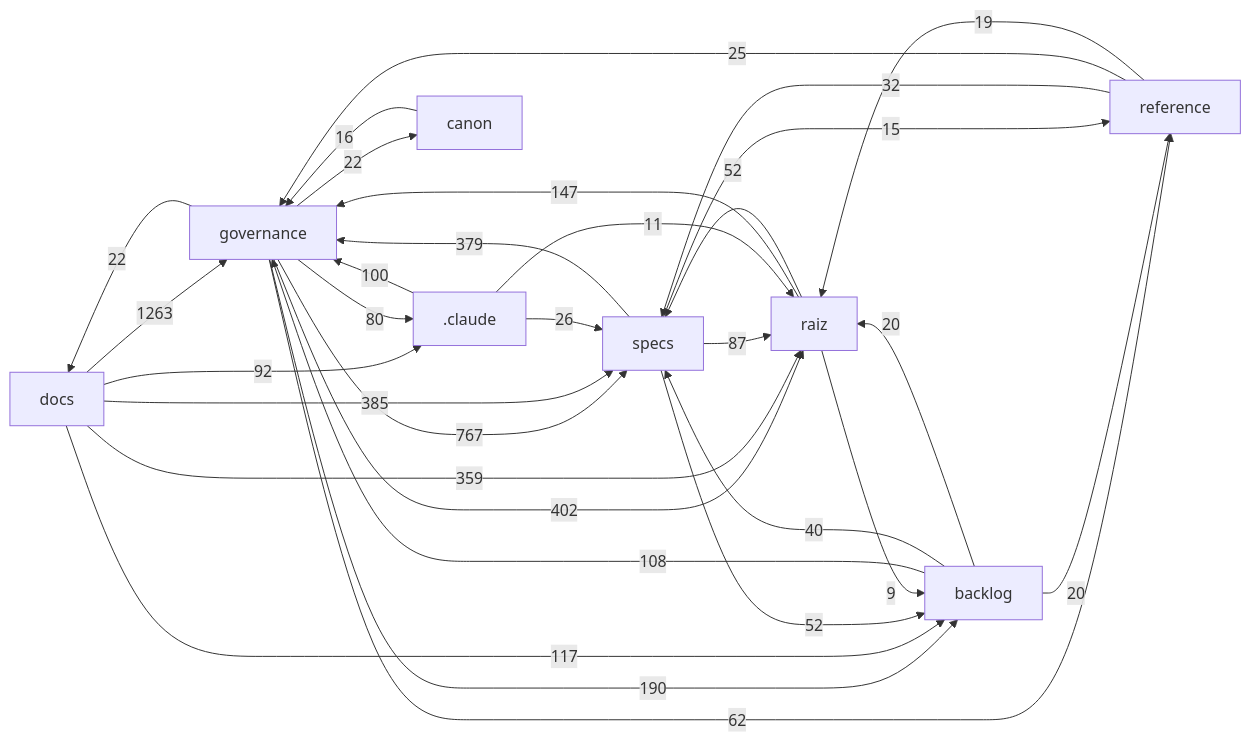
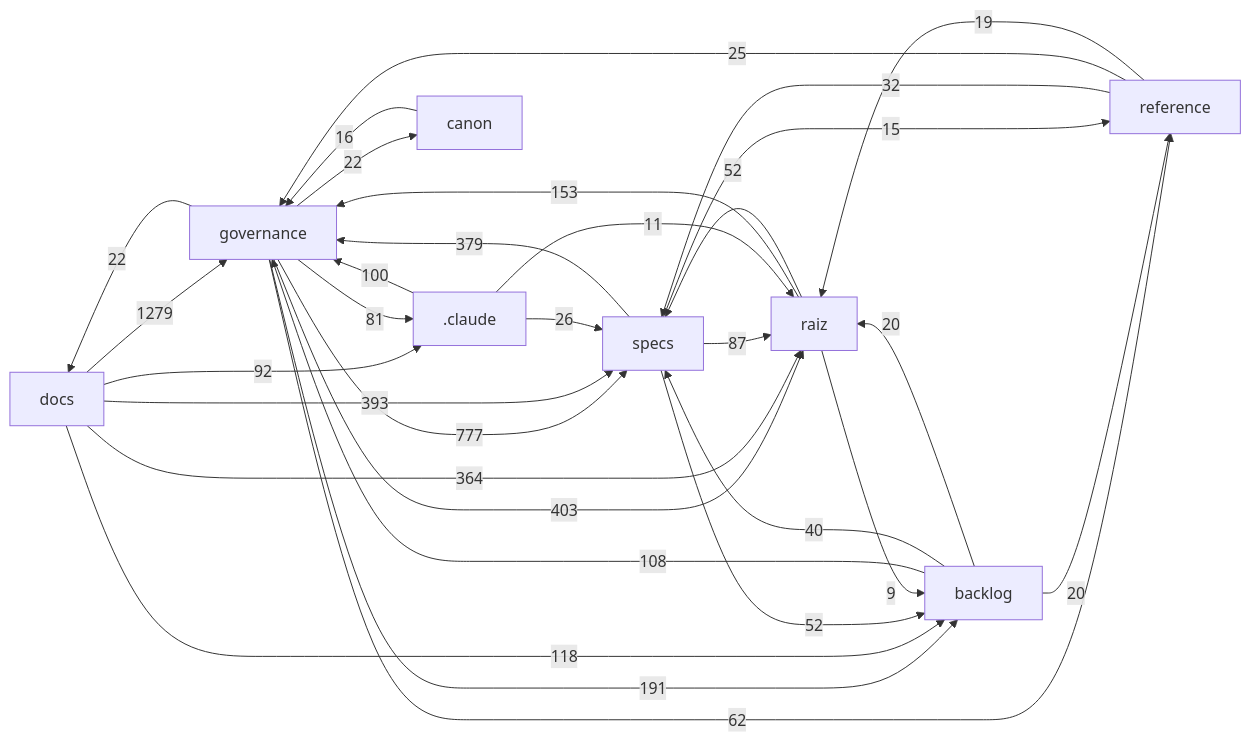
The diagram in docs/mapa/MAPA-PROJETO.md (Andraus35/Sistema-Operacional-de-Trading--SOT), drawn with Mermaid before and after one commit. The commit also changed other lines of this file and 13 other files, not shown here.

````diff
--- a/docs/mapa/MAPA-PROJETO.md
+++ b/docs/mapa/MAPA-PROJETO.md
@@ -29,33 +29,33 @@
 ```mermaid
 flowchart LR
-  docs["docs"] -->|1263| governance["governance"]
-  governance["governance"] -->|767| specs["specs"]
-  governance["governance"] -->|402| raiz["raiz"]
-  docs["docs"] -->|385| specs["specs"]
+  docs["docs"] -->|1279| governance["governance"]
+  governance["governance"] -->|777| specs["specs"]
+  governance["governance"] -->|403| raiz["raiz"]
+  docs["docs"] -->|393| specs["specs"]
   specs["specs"] -->|379| governance["governance"]
-  docs["docs"] -->|359| raiz["raiz"]
-  governance["governance"] -->|190| backlog["backlog"]
-  raiz["raiz"] -->|147| governance["governance"]
-  docs["docs"] -->|117| backlog["backlog"]
+  docs["docs"] -->|364| raiz["raiz"]
+  governance["governance"] -->|191| backlog["backlog"]
+  raiz["raiz"] -->|153| governance["governance"]
+  docs["docs"] -->|118| backlog["backlog"]
   backlog["backlog"] -->|108| governance["governance"]
   _claude[".claude"] -->|100| governance["governance"]
   docs["docs"] -->|92| _claude[".claude"]
   specs["specs"] -->|87| raiz["raiz"]
-  governance["governance"] -->|80| _claude[".claude"]
+  governance["governance"] -->|81| _claude[".claude"]
   governance["governance"] -->|62| reference["reference"]
   raiz["raiz"] -->|52| specs["specs"]
   specs["specs"] -->|52| backlog["backlog"]
   backlog["backlog"] -->|40| specs["specs"]
   reference["reference"] -->|32| specs["specs"]
   _claude[".claude"] -->|26| specs["specs"]
   reference["reference"] -->|25| governance["governance"]
   governance["governance"] -->|22| docs["docs"]
   governance["governance"] -->|22| canon["canon"]
   backlog["backlog"] -->|20| raiz["raiz"]
   backlog["backlog"] -->|20| reference["reference"]
   reference["reference"] -->|19| raiz["raiz"]
   canon["canon"] -->|16| governance["governance"]
   specs["specs"] -->|15| reference["reference"]
   _claude[".claude"] -->|11| raiz["raiz"]
   raiz["raiz"] -->|9| backlog["backlog"]
 ```
````
